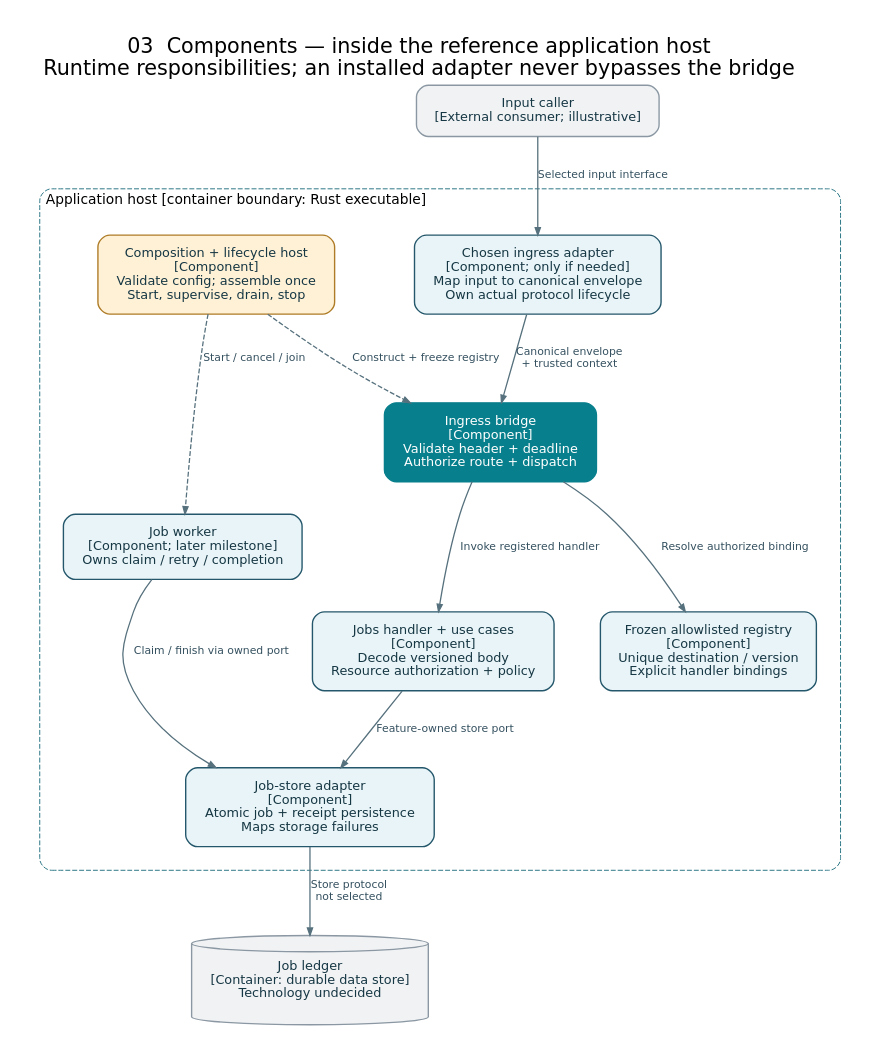
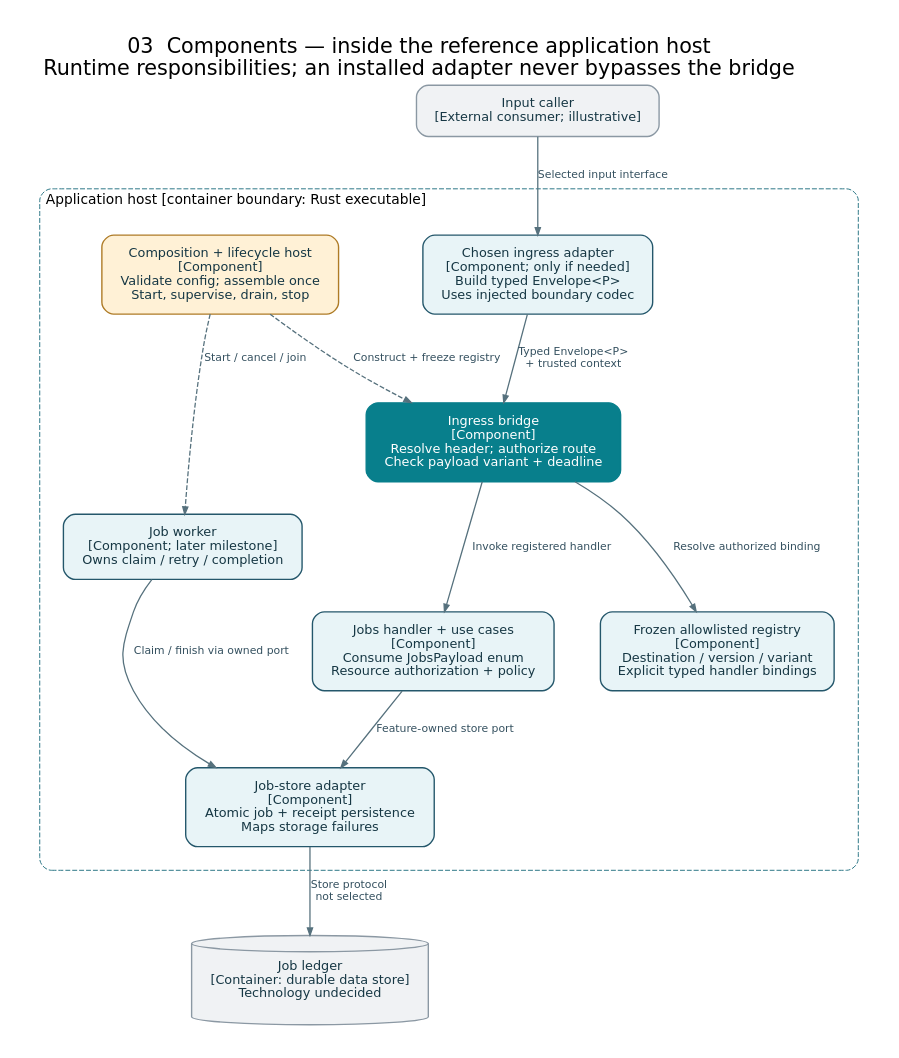
Before and after one commit to roachmaster/homelab: the diagram in docs/architecture/diagrams/03-components.dot, drawn with Graphviz. The commit also changed 15 other files, not shown here.

Commit message:
Specify typed internal payload enums at capability boundaries

```diff
--- a/docs/architecture/diagrams/03-components.dot
+++ b/docs/architecture/diagrams/03-components.dot
@@ -1,24 +1,24 @@
 digraph Components {
 graph [fontname="DejaVu Sans", fontsize=21, labelloc=t, labeljust=l, pad=0.35, nodesep=0.65, ranksep=0.9, bgcolor="white"]; node [shape=box, style="rounded,filled", fontname="DejaVu Sans", fontsize=13, margin="0.22,0.16", color="#24576b", fillcolor="#e8f4f7", fontcolor="#163744", penwidth=1.4]; edge [fontname="DejaVu Sans", fontsize=11, color="#56717d", fontcolor="#34505f", penwidth=1.3, arrowsize=0.75];
 rankdir=TB; label="03  Components — inside the reference application host\nRuntime responsibilities; an installed adapter never bypasses the bridge";
 caller [label="Input caller\n[External consumer; illustrative]", fillcolor="#f0f2f4", color="#8b98a3"];
 db [shape=cylinder, label="Job ledger\n[Container: durable data store]\nTechnology undecided", fillcolor="#f0f2f4", color="#8b98a3"];
 subgraph cluster_host { label="Application host [container boundary: Rust executable]"; fontname="DejaVu Sans"; fontsize=14; color="#2b7686"; style="rounded,dashed"; margin=24;
-adapter [label="Chosen ingress adapter\n[Component; only if needed]\nMap input to canonical envelope\nOwn actual protocol lifecycle"];
-bridge [label="Ingress bridge\n[Component]\nValidate header + deadline\nAuthorize route + dispatch", fillcolor="#087f8c", color="#087f8c", fontcolor="white"];
-registry [label="Frozen allowlisted registry\n[Component]\nUnique destination / version\nExplicit handler bindings"];
-handler [label="Jobs handler + use cases\n[Component]\nDecode versioned body\nResource authorization + policy"];
+adapter [label="Chosen ingress adapter\n[Component; only if needed]\nBuild typed Envelope<P>\nUses injected boundary codec"];
+bridge [label="Ingress bridge\n[Component]\nResolve header; authorize route\nCheck payload variant + deadline", fillcolor="#087f8c", color="#087f8c", fontcolor="white"];
+registry [label="Frozen allowlisted registry\n[Component]\nDestination / version / variant\nExplicit typed handler bindings"];
+handler [label="Jobs handler + use cases\n[Component]\nConsume JobsPayload enum\nResource authorization + policy"];
 persist [label="Job-store adapter\n[Component]\nAtomic job + receipt persistence\nMaps storage failures"];
 worker [label="Job worker\n[Component; later milestone]\nOwns claim / retry / completion"];
 host [label="Composition + lifecycle host\n[Component]\nValidate config; assemble once\nStart, supervise, drain, stop", fillcolor="#fff1d6", color="#ae7b26"];
-adapter -> bridge [label="Canonical envelope\n+ trusted context"];
+adapter -> bridge [label="Typed Envelope<P>\n+ trusted context"];
 bridge -> registry [label="Resolve authorized binding"];
 bridge -> handler [label="Invoke registered handler"];
 handler -> persist [label="Feature-owned store port"];
 worker -> persist [label="Claim / finish via owned port"];
 host -> bridge [label="Construct + freeze registry", style=dashed];
 host -> worker [label="Start / cancel / join", style=dashed];
 }
 caller -> adapter [label="Selected input interface"];
 persist -> db [label="Store protocol\nnot selected"];
 }
```
